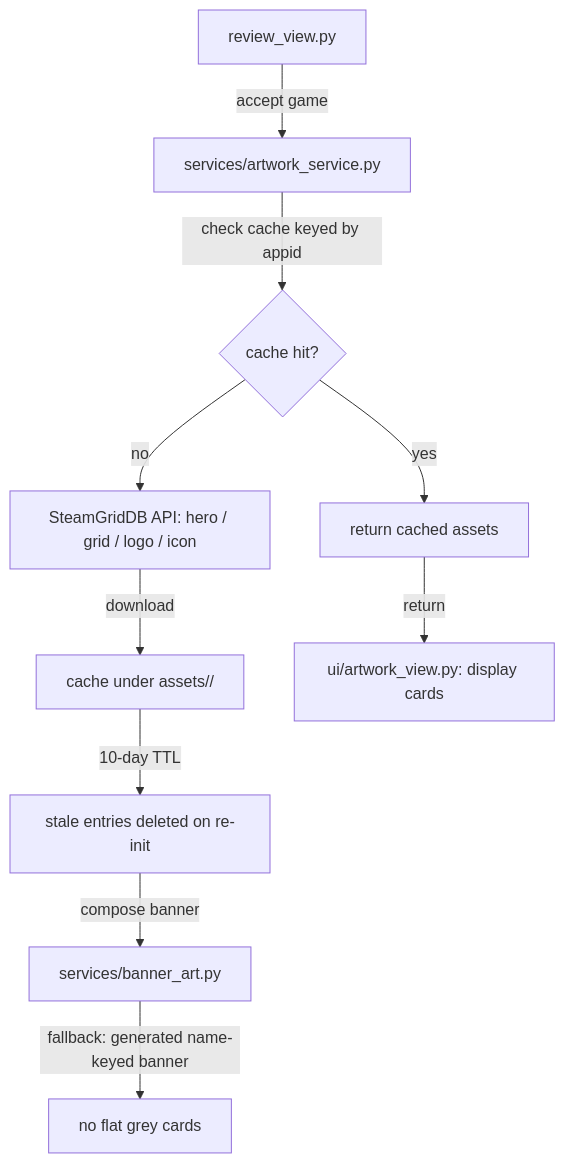
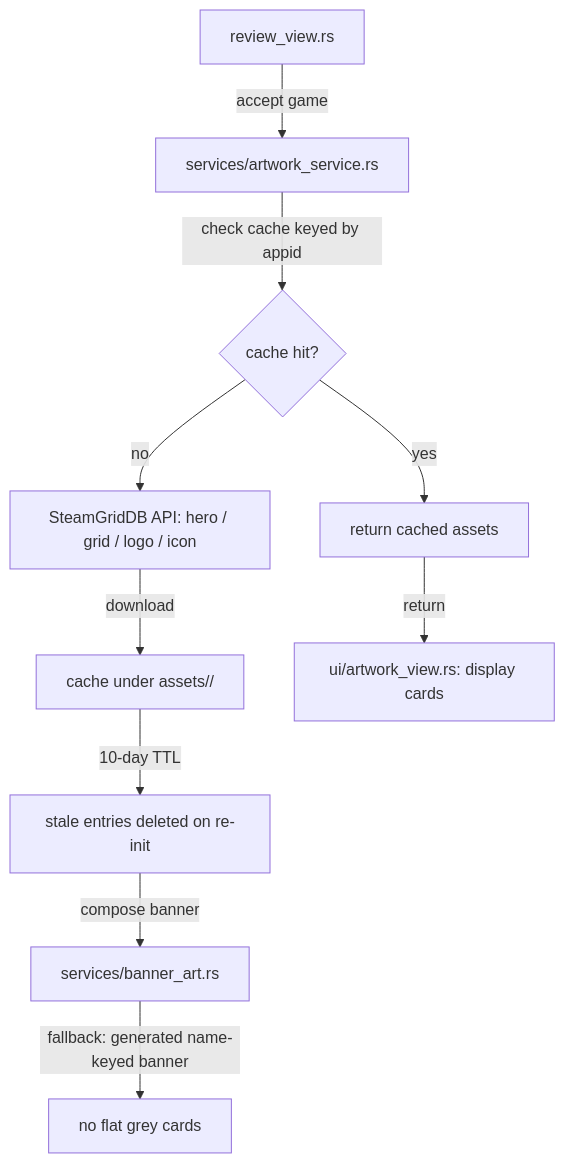
The fourth of 6 diagrams in ARCHITECTURE.md (smd3235/steam-game-organizer), drawn with Mermaid before and after one commit. The commit also changed other lines of this file and 399 other files, not shown here.

````diff
--- a/ARCHITECTURE.md
+++ b/ARCHITECTURE.md
@@ -360,12 +253,12 @@
 ```mermaid
 flowchart TD
-    A[review_view.py] -->|accept game| B[services/artwork_service.py]
+    A[review_view.rs] -->|accept game| B[services/artwork_service.rs]
     B -->|check cache keyed by appid| C{cache hit?}
     C -->|yes| D[return cached assets]
     C -->|no| E[SteamGridDB API: hero / grid / logo / icon]
     E -->|download| F[cache under assets/<appid>/]
     F -->|10-day TTL| G[stale entries deleted on re-init]
-    G -->|compose banner| I[services/banner_art.py]
+    G -->|compose banner| I[services/banner_art.rs]
     I -->|fallback: generated name-keyed banner| J[no flat grey cards]
-    D -->|return| K[ui/artwork_view.py: display cards]
+    D -->|return| K[ui/artwork_view.rs: display cards]
 ```
````
